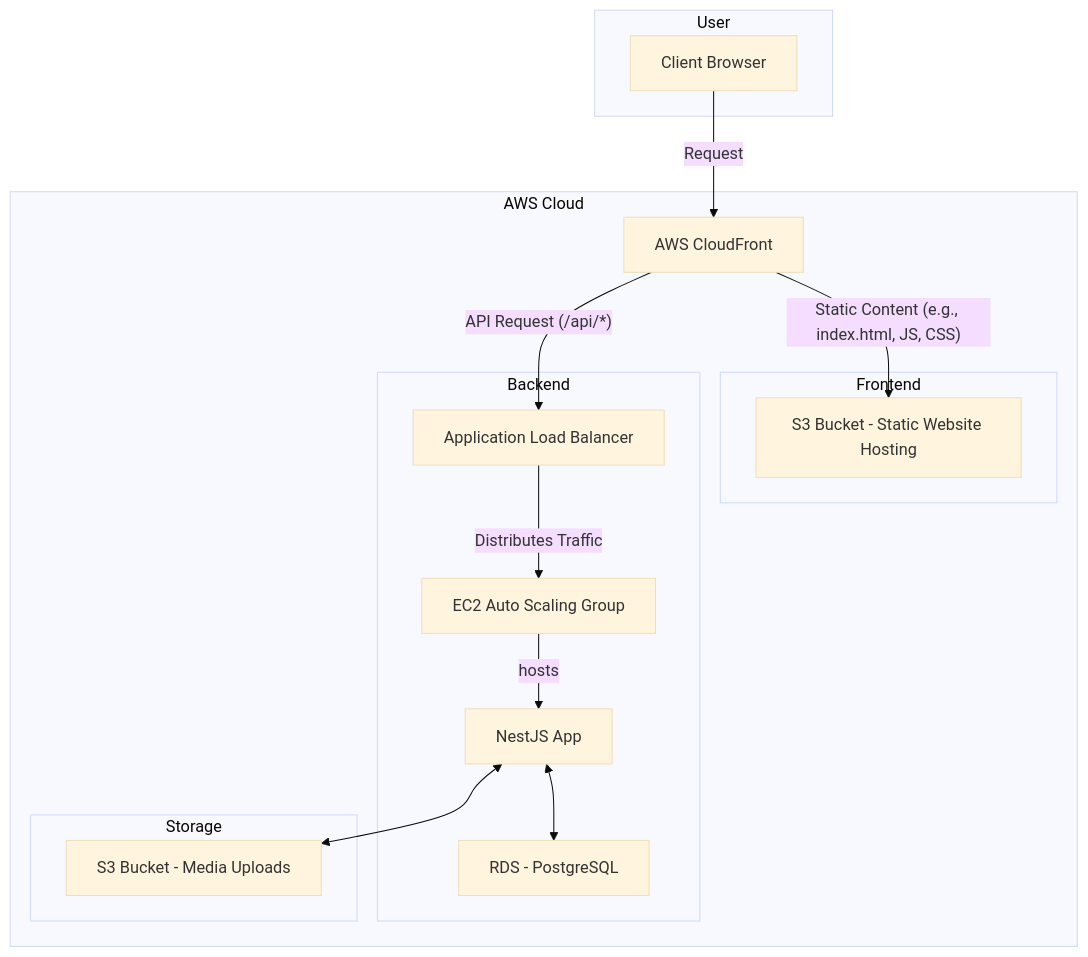
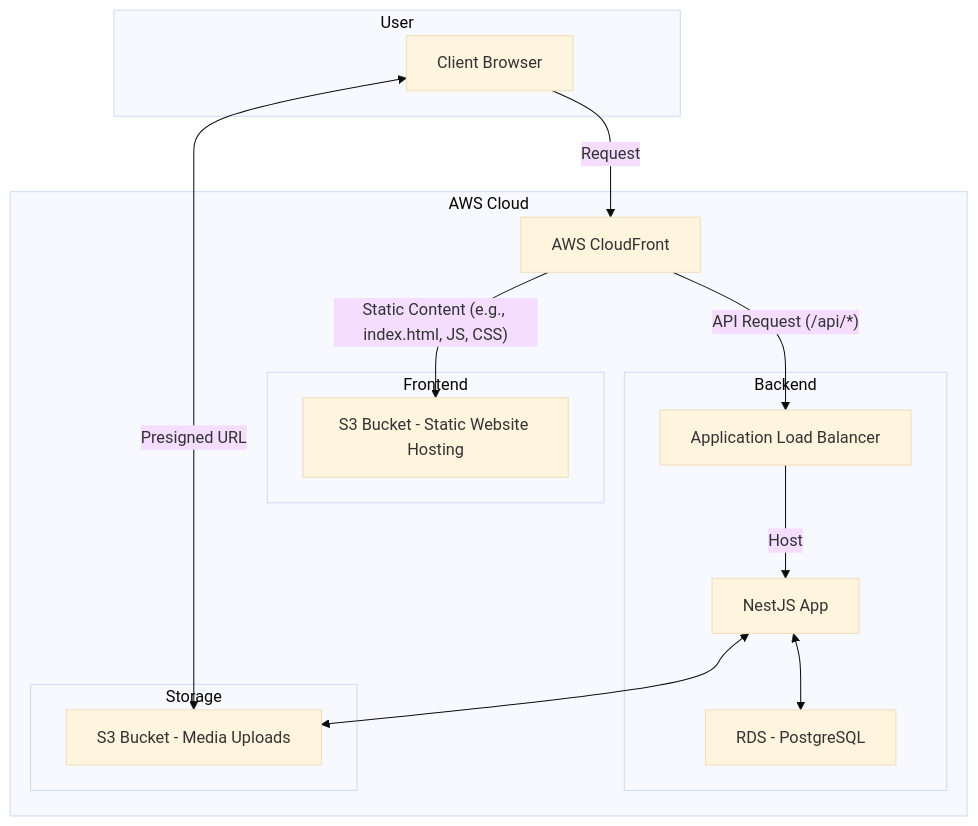
Before and after one commit to yomce/Recho: the diagram in README.md, drawn with Mermaid (base theme).

````diff
--- a/README.md
+++ b/README.md
@@ -67,33 +67,32 @@
 ```mermaid
 graph TD
     subgraph "User"
         A[Client Browser]
     end
 
     subgraph "AWS Cloud"
         B[AWS CloudFront]
 
         subgraph "Frontend"
             C[S3 Bucket - Static Website Hosting]
         end
 
         subgraph "Backend"
             D[Application Load Balancer]
-            E[EC2 Auto Scaling Group]
-            F[NestJS App]
-            G[RDS - PostgreSQL]
+            E[NestJS App]
+            F[RDS - PostgreSQL]
         end
 
         subgraph "Storage"
-            H[S3 Bucket - Media Uploads]
+            G[S3 Bucket - Media Uploads]
         end
     end
 
     A -- Request --> B
     B -- Static Content (e.g., index.html, JS, CSS) --> C
     B -- API Request (/api/*) --> D
-    D -- Distributes Traffic --> E
-    E -- hosts --> F
-    F <--> G
-    F <--> H
+    D -- Host --> E
+    E <--> F
+    E <--> G
+    G <--Presigned URL--> A
 ```
````
